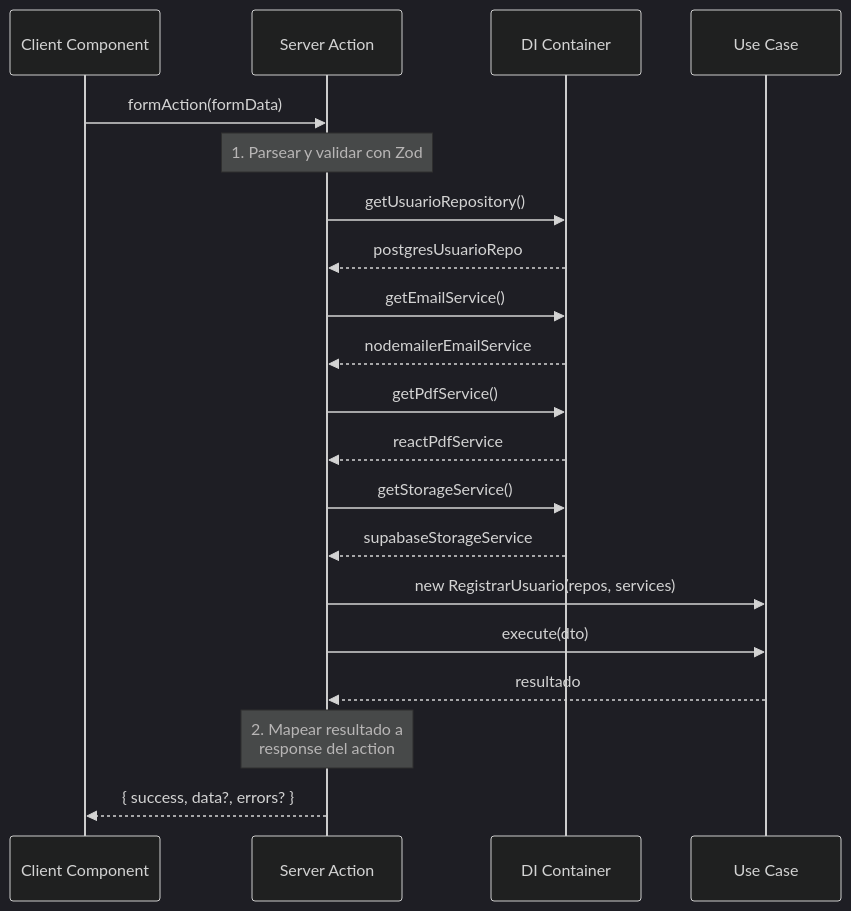
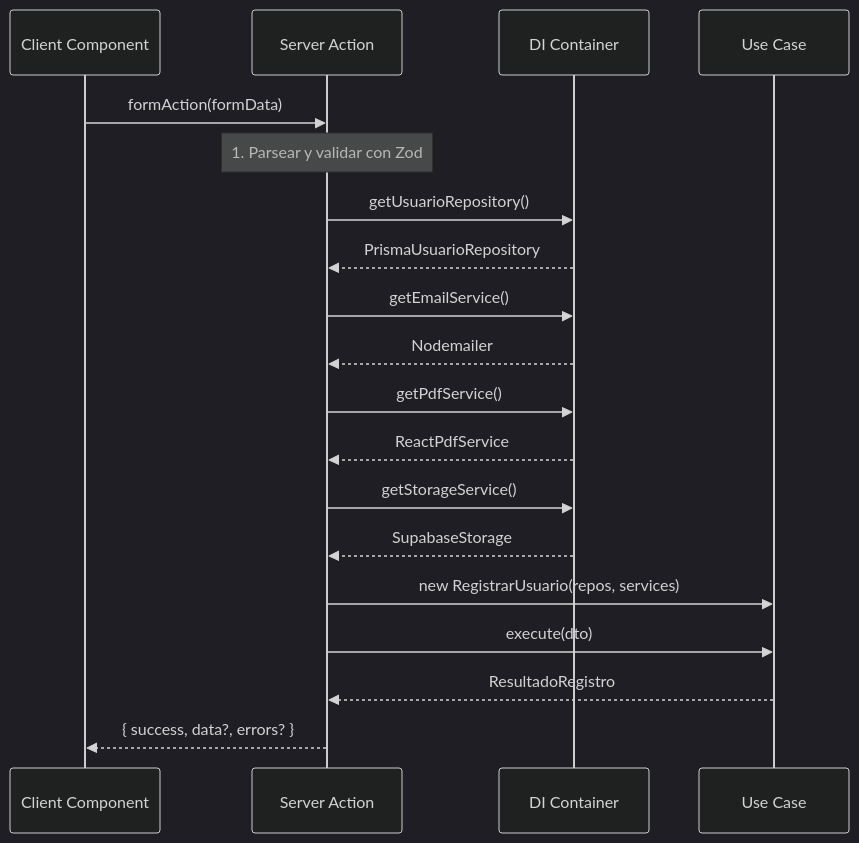
Before and after one commit to iKinoo/aniei-registro-2026: the seventh of 14 diagrams in docs/DESIGN.md, drawn with Mermaid (dark theme). The commit also changed other lines of this file and 30 other files, not shown here.

````diff
--- a/docs/DESIGN.md
+++ b/docs/DESIGN.md
@@ -1046,28 +1093,25 @@
 ```mermaid
 sequenceDiagram
     participant CC as Client Component
     participant SA as Server Action
     participant Container as DI Container
     participant UC as Use Case
 
     CC->>SA: formAction(formData)
-    
+
     Note over SA: 1. Parsear y validar con Zod
-    
+
     SA->>Container: getUsuarioRepository()
-    Container-->>SA: postgresUsuarioRepo
+    Container-->>SA: PrismaUsuarioRepository
     SA->>Container: getEmailService()
-    Container-->>SA: nodemailerEmailService
+    Container-->>SA: Nodemailer
     SA->>Container: getPdfService()
-    Container-->>SA: reactPdfService
+    Container-->>SA: ReactPdfService
     SA->>Container: getStorageService()
-    Container-->>SA: supabaseStorageService
+    Container-->>SA: SupabaseStorage
 
     SA->>UC: new RegistrarUsuario(repos, services)
     SA->>UC: execute(dto)
-    UC-->>SA: resultado
-
-    Note over SA: 2. Mapear resultado a<br/>response del action
-
+    UC-->>SA: ResultadoRegistro
     SA-->>CC: { success, data?, errors? }
 ```
````
